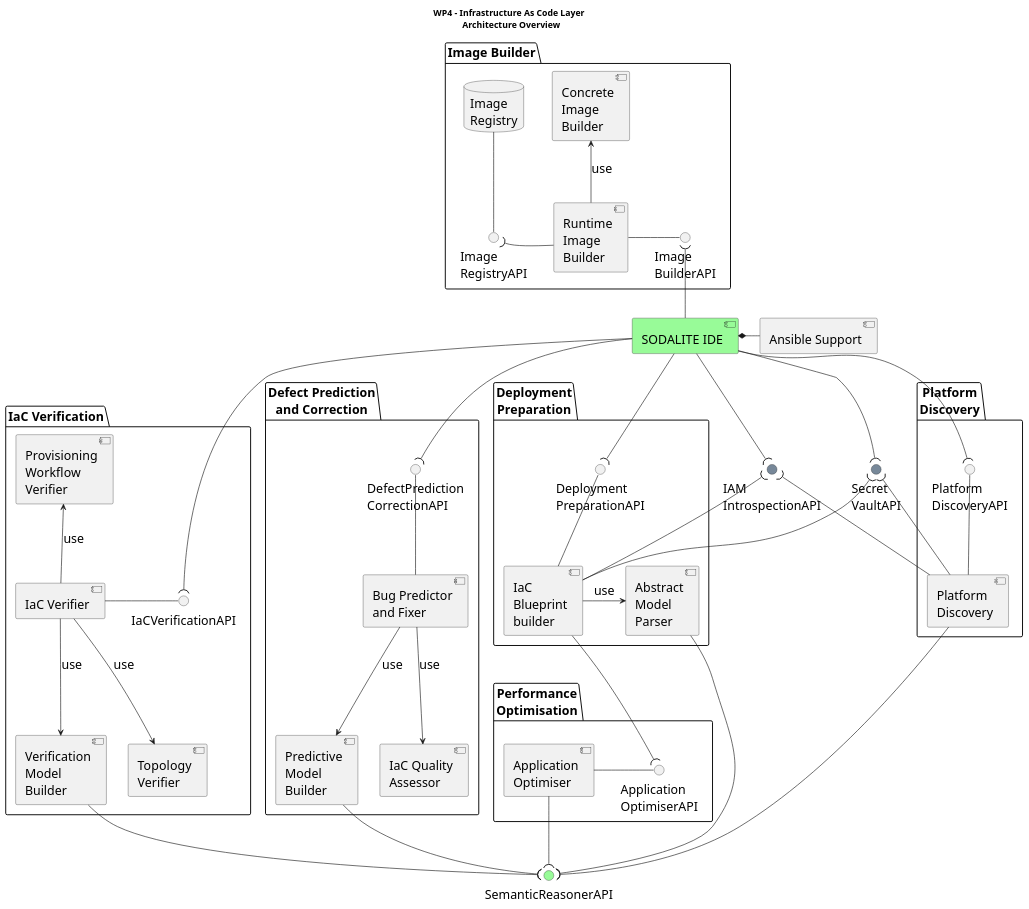
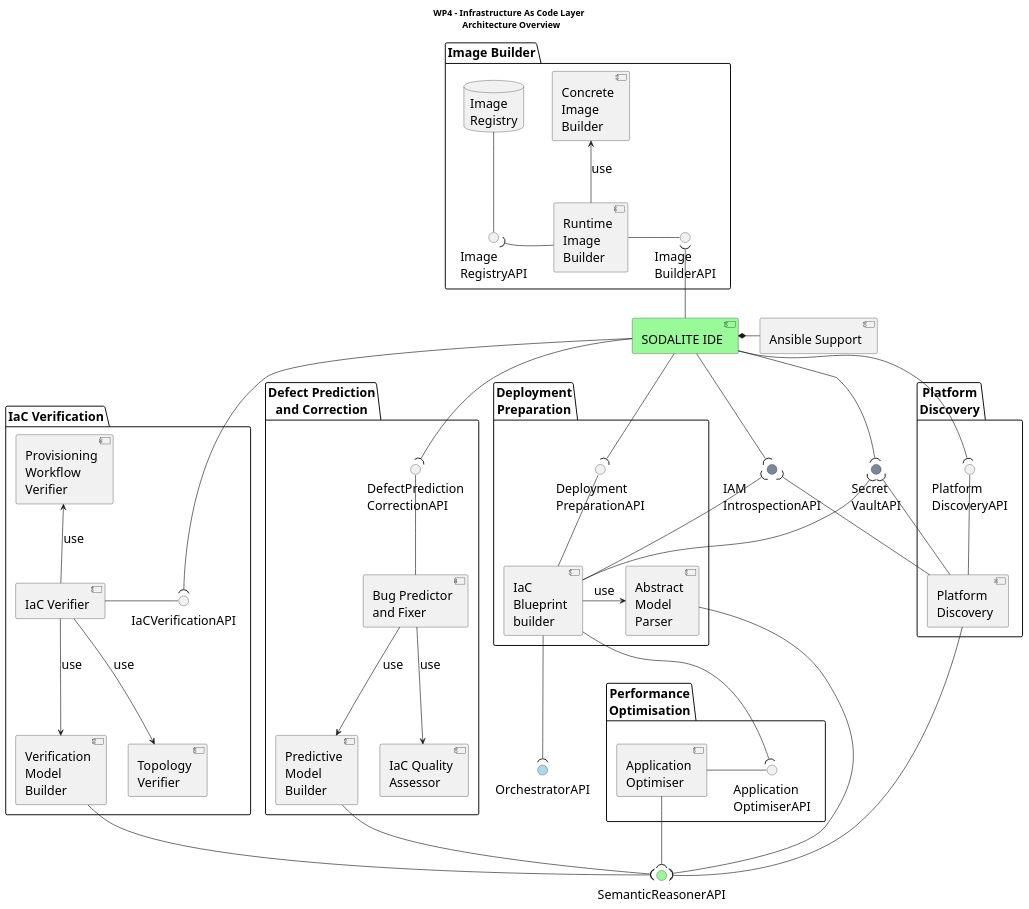
Before and after one commit to SODALITE-EU/project-wide-documentation: the diagram in uml/component-diagrams/CD-WP4-ArchitectureOverview.puml, drawn with PlantUML.

Commit message:
Added comments, orchestratorAPI usage
Added comments, orchestratorAPI usage

```diff
--- a/uml/component-diagrams/CD-WP4-ArchitectureOverview.puml
+++ b/uml/component-diagrams/CD-WP4-ArchitectureOverview.puml
@@ -1,96 +1,100 @@
 @startuml
 
 title WP4 - Infrastructure As Code Layer \n Architecture Overview
 
 skinparam fixCircleLabelOverlapping true 
 skinparam defaultFontSize 20
 
 'reference to WP3
 component "SODALITE IDE" as cSIDE #PaleGreen
 component "Ansible Support" as cAnsible
 cSIDE*-r-cAnsible
 
+'Modelling Layer APIs
+interface "SemanticReasonerAPI"  as repoEndpoint #PaleGreen
 
 'security APIs
-interface "SemanticReasonerAPI"  as repoEndpoint #PaleGreen
-
 interface "Secret\nVaultAPI" as VaultAPI #LightSlateGrey
 interface "IAM\nIntrospectionAPI" as iIAM #LightSlateGrey
+
+'Runtime Layer APIs
+interface "OrchestratorAPI"  as orchEndpoint #LightBlue
 
 'WP4 components and packages
 package "Deployment\nPreparation" as pDP {
     component [Abstract\nModel\nParser] as cAbstractModelParser
     component [IaC\nBlueprint\nbuilder] as cIaCBlueprintBuilder
     cIaCBlueprintBuilder -r-> cAbstractModelParser:use
     interface "Deployment\nPreparationAPI"  as iBluePrintGeneratorAPI
     cIaCBlueprintBuilder -u- iBluePrintGeneratorAPI    
 }
 
 package "Image Builder" {
     component [Runtime\nImage\nBuilder] as cRuntimeImageBuilder
     component [Concrete\nImage\nBuilder] as cConcreteImageBuilder
     interface "Image\nBuilderAPI"  as iRuntimeImageBuilder
     database "Image\nRegistry" as dIR
     interface "Image\nRegistryAPI" as iIRDataAccess
     cRuntimeImageBuilder -r- iRuntimeImageBuilder
     cRuntimeImageBuilder -u-> cConcreteImageBuilder:use
     dIR -- iIRDataAccess
     cRuntimeImageBuilder -l-( iIRDataAccess
 }
 
 package "IaC Verification" as pIV {
     component [IaC Verifier] as cIaCVerifier
     interface "IaCVerificationAPI"  as iIaCVerifier
     cIaCVerifier -r- iIaCVerifier
     component [Verification\nModel\nBuilder] as cVerificationModelBuilder
     component [Topology\nVerifier] as cTopologyVerifier
     component [Provisioning\nWorkflow\nVerifier] as cProvisioningWorkflowVerifier
     cIaCVerifier -d-> cVerificationModelBuilder:use
     cIaCVerifier -d-> cTopologyVerifier:use
     cIaCVerifier -u-> cProvisioningWorkflowVerifier:use
 }
 
 package "Defect Prediction\nand Correction" as pDPC {
     component [Bug Predictor\nand Fixer ] as cBugPredictorAndFixer
     interface "DefectPrediction\nCorrectionAPI"  as iBugPredictorAndFixer
     cBugPredictorAndFixer -u- iBugPredictorAndFixer
     component [Predictive\nModel\nBuilder] as cPredictiveModelBuilder
     component [IaC Quality\nAssessor] as cIaCQualityAssessor
     cBugPredictorAndFixer --> cIaCQualityAssessor:use
     cBugPredictorAndFixer --> cPredictiveModelBuilder:use
 }
 
 package "Performance\nOptimisation" as packagePO {
     component "Application\nOptimiser" as cApplicationOptimiser
     interface "Application\nOptimiserAPI"  as iApplicationOptimiser
     cApplicationOptimiser -r- iApplicationOptimiser
 }
 
 
 package "Platform\nDiscovery" as packagePD {
     component "Platform\nDiscovery" as cPlatformDiscovery
     interface "Platform\nDiscoveryAPI"  as iPlatformDiscovery
     cPlatformDiscovery -u- iPlatformDiscovery
 }
 
 cAbstractModelParser -d-( repoEndpoint
 cSIDE -d-( iBluePrintGeneratorAPI
 cSIDE -d-( iIaCVerifier
 cSIDE -d-( iBugPredictorAndFixer
 cSIDE -d-( iPlatformDiscovery
 cSIDE -d-( iIAM
 cSIDE -d-( VaultAPI
 
 cIaCBlueprintBuilder -d-( iApplicationOptimiser
 cSIDE -u-( iRuntimeImageBuilder
 
 cPredictiveModelBuilder -d-( repoEndpoint
 cVerificationModelBuilder -d-( repoEndpoint
 cApplicationOptimiser -d-( repoEndpoint
 cPlatformDiscovery -d-( repoEndpoint
 
 cPlatformDiscovery -u-( iIAM
 cPlatformDiscovery -u-( VaultAPI
 cIaCBlueprintBuilder -u-( iIAM
 cIaCBlueprintBuilder -u-( VaultAPI
+cIaCBlueprintBuilder -d-( orchEndpoint
 @enduml
```
